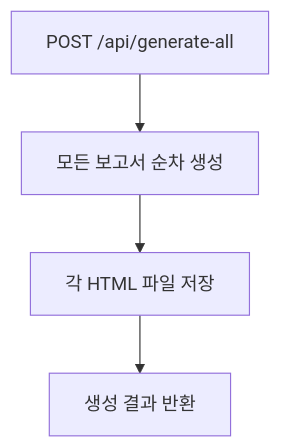
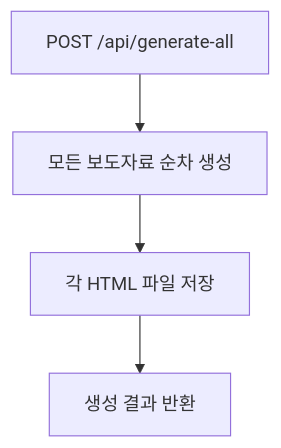
The ninth of 13 diagrams in docs/PRESENTATION.md (rattopos/capstone), drawn with Mermaid before and after one commit. The commit also changed other lines of this file and 89 other files, not shown here.

````diff
--- a/docs/PRESENTATION.md
+++ b/docs/PRESENTATION.md
@@ -1624,6 +1624,6 @@
 ```mermaid
 flowchart TD
-    A[POST /api/generate-all] --> B[모든 보고서 순차 생성]
+    A[POST /api/generate-all] --> B[모든 보도자료 순차 생성]
     B --> C[각 HTML 파일 저장]
     C --> D[생성 결과 반환]
 ```
````
